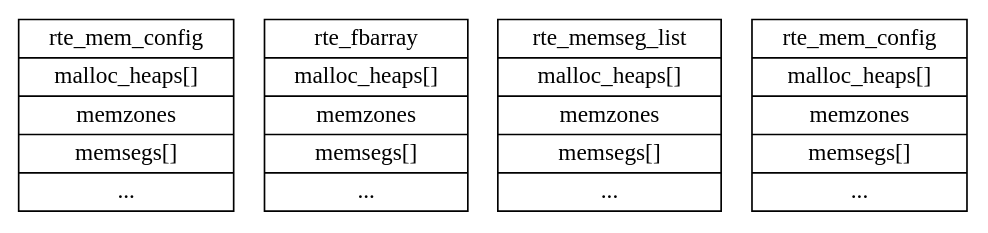
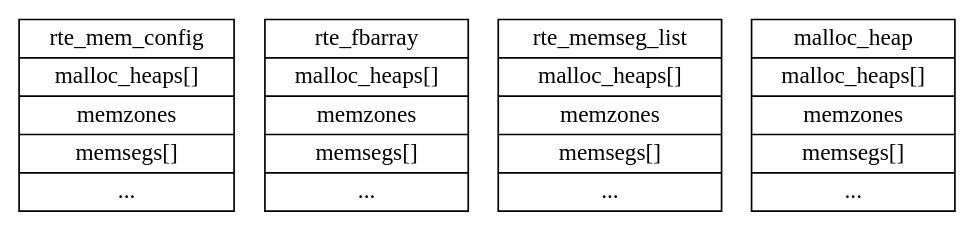
Before and after one commit to sisyphus1212/note: the diagram in dpdk/内存管理.md, drawn with Graphviz.

Commit message:
auto_update

````diff
--- a/dpdk/内存管理.md
+++ b/dpdk/内存管理.md
@@ -16,44 +16,44 @@
 ```graphviz
 digraph {
 	rte_mem_config[
 		label = "{
 		rte_mem_config|
         malloc_heaps[]|
 		memzones|
 		memsegs[]|
 		...
 		}",
 		shape = "record"
 	];
 	rte_fbarray[
 		label = "{
 		rte_fbarray|
         malloc_heaps[]|
 		memzones|
 		memsegs[]|
 		...
 		}",
 		shape = "record"
 	];
 	rte_memseg_list[
 		label = "{
 		rte_memseg_list|
         malloc_heaps[]|
 		memzones|
 		memsegs[]|
 		...
 		}",
 		shape = "record"
 	];
 	malloc_heap[
 		label = "{
-		rte_mem_config|
+		malloc_heap|
         malloc_heaps[]|
 		memzones|
 		memsegs[]|
 		...
 		}",
 		shape = "record"
 	];
 }
 ```
````
